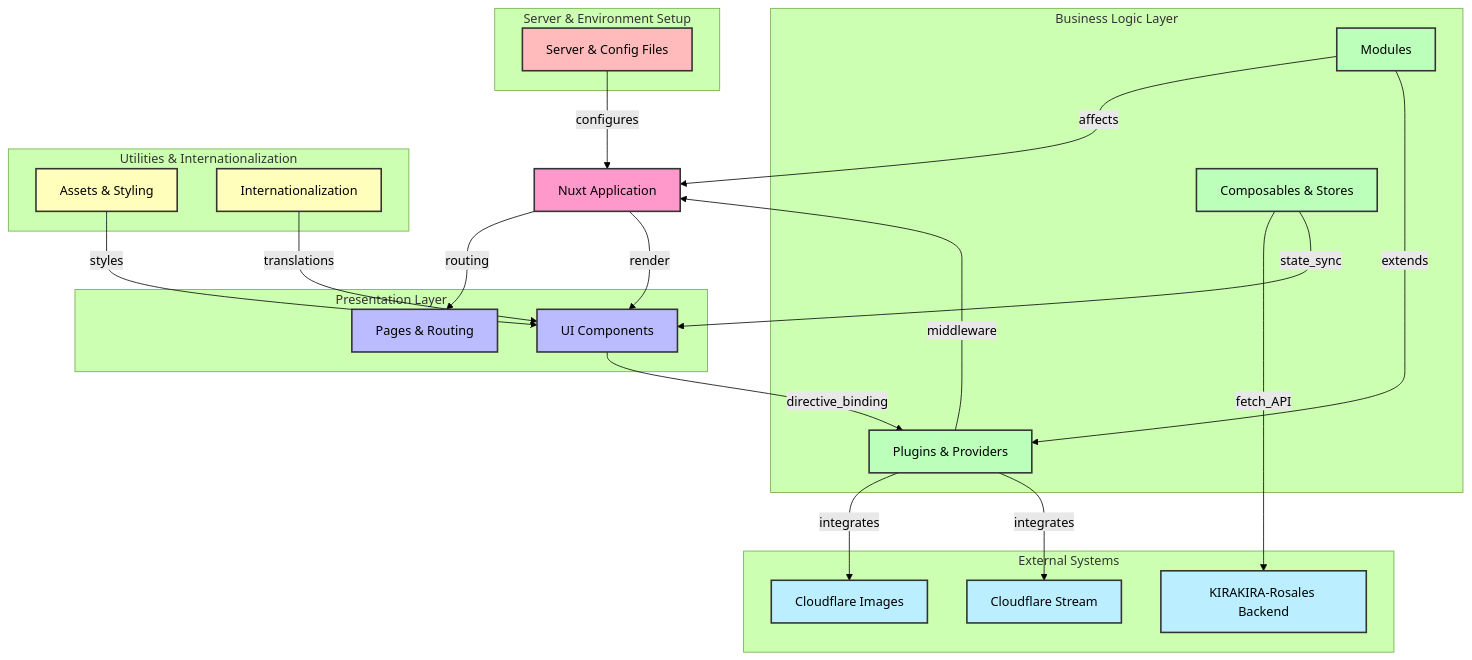
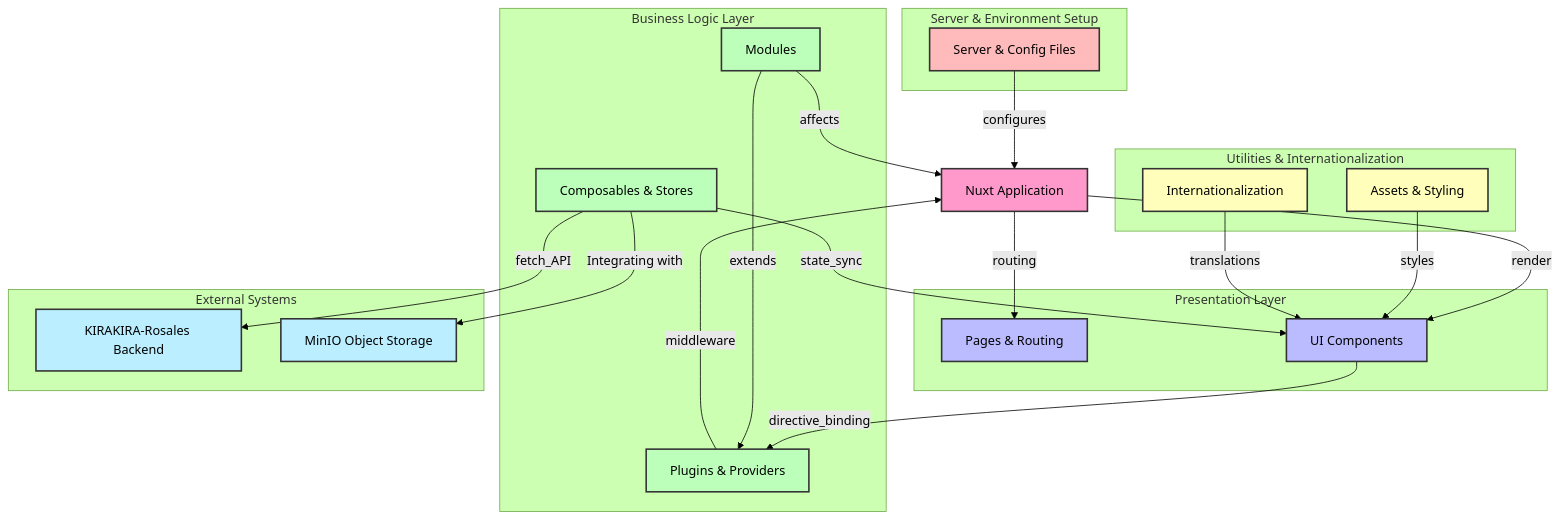
Before and after one commit to tratiger/KiraKiraDouga-Libre: the diagram in KIRAKIRA-Cerasus/README_en-US.md, drawn with Mermaid (forest theme). The commit also changed other lines of this file and 32 other files, not shown here.

First line of the commit message:
[feat]Replace Cloudflare with MinIO for all object storage

````diff
--- a/KIRAKIRA-Cerasus/README_en-US.md
+++ b/KIRAKIRA-Cerasus/README_en-US.md
@@ -40,79 +40,77 @@
 ```mermaid
 
 flowchart TD
     %% Core Application
     NuxtApp["Nuxt Application"]:::frontend
 
     %% Presentation Layer
     subgraph "Presentation Layer"
         Pages["Pages & Routing"]:::presentation
         UIComponents["UI Components"]:::presentation
     end
 
     %% Business Logic Layer
     subgraph "Business Logic Layer"
         ComposablesStores["Composables & Stores"]:::business
         Modules["Modules"]:::business
         PluginsProviders["Plugins & Providers"]:::business
     end
 
     %% Utilities & Internationalization
     subgraph "Utilities & Internationalization"
         AssetsStyling["Assets & Styling"]:::utilities
         Internationalization["Internationalization"]:::utilities
     end
 
     %% Server & Environment Setup
     subgraph "Server & Environment Setup"
         ServerEnv["Server & Config Files"]:::server
     end
 
     %% External Systems
     subgraph "External Systems"
         Backend["KIRAKIRA-Rosales Backend"]:::external
-        CloudflareImages["Cloudflare Images"]:::external
-        CloudflareStream["Cloudflare Stream"]:::external
+        MinIO["MinIO Object Storage"]:::external
     end
 
     %% Connections between layers
     NuxtApp -->|"routing"| Pages
     NuxtApp -->|"render"| UIComponents
     Modules -->|"affects"| NuxtApp
     PluginsProviders -->|"middleware"| NuxtApp
     ComposablesStores -->|"fetch_API"| Backend
-    PluginsProviders -->|"integrates"| CloudflareImages
-    PluginsProviders -->|"integrates"| CloudflareStream
+    ComposablesStores -->|"Integrating with"| MinIO
     UIComponents -->|"directive_binding"| PluginsProviders
     AssetsStyling -->|"styles"| UIComponents
     Internationalization -->|"translations"| UIComponents
     ComposablesStores -->|"state_sync"| UIComponents
     Modules -->|"extends"| PluginsProviders
     ServerEnv -->|"configures"| NuxtApp
 
     %% Class definitions with colors
     classDef frontend fill:#f9c,stroke:#333,stroke-width:2px;
     classDef presentation fill:#bbf,stroke:#333,stroke-width:2px;
     classDef business fill:#bfb,stroke:#333,stroke-width:2px;
     classDef utilities fill:#ffb,stroke:#333,stroke-width:2px;
     classDef server fill:#fbb,stroke:#333,stroke-width:2px;
     classDef external fill:#bef,stroke:#333,stroke-width:2px;
 
     %% Click Events
     click NuxtApp "https://github.com/kirakira-douga/kirakira-cerasus/blob/develop/nuxt.config.ts"
     click NuxtApp "https://github.com/kirakira-douga/kirakira-cerasus/blob/develop/app.vue"
     click Pages "https://github.com/kirakira-douga/kirakira-cerasus/tree/develop/pages"
     click UIComponents "https://github.com/kirakira-douga/kirakira-cerasus/tree/develop/components"
     click Modules "https://github.com/kirakira-douga/kirakira-cerasus/tree/develop/modules"
     click ComposablesStores "https://github.com/kirakira-douga/kirakira-cerasus/tree/develop/composables"
     click ComposablesStores "https://github.com/kirakira-douga/kirakira-cerasus/blob/develop/stores/app-settings.ts"
     click AssetsStyling "https://github.com/kirakira-douga/kirakira-cerasus/tree/develop/assets"
     click AssetsStyling "https://github.com/kirakira-douga/kirakira-cerasus/tree/develop/helpers"
     click AssetsStyling "https://github.com/kirakira-douga/kirakira-cerasus/tree/develop/utils"
     click PluginsProviders "https://github.com/kirakira-douga/kirakira-cerasus/tree/develop/plugins"
     click PluginsProviders "https://github.com/kirakira-douga/kirakira-cerasus/tree/develop/providers/nuxt-image"
     click Internationalization "https://github.com/kirakira-douga/kirakira-cerasus/tree/develop/locales"
     click ServerEnv "https://github.com/kirakira-douga/kirakira-cerasus/tree/develop/server"
     click ServerEnv "https://github.com/kirakira-douga/kirakira-cerasus/blob/develop/tsconfig.json"
     click ServerEnv "https://github.com/kirakira-douga/kirakira-cerasus/blob/develop/.npmrc"
     click ServerEnv "https://github.com/kirakira-douga/kirakira-cerasus/blob/develop/pnpm-lock.yaml"
 ```
````
